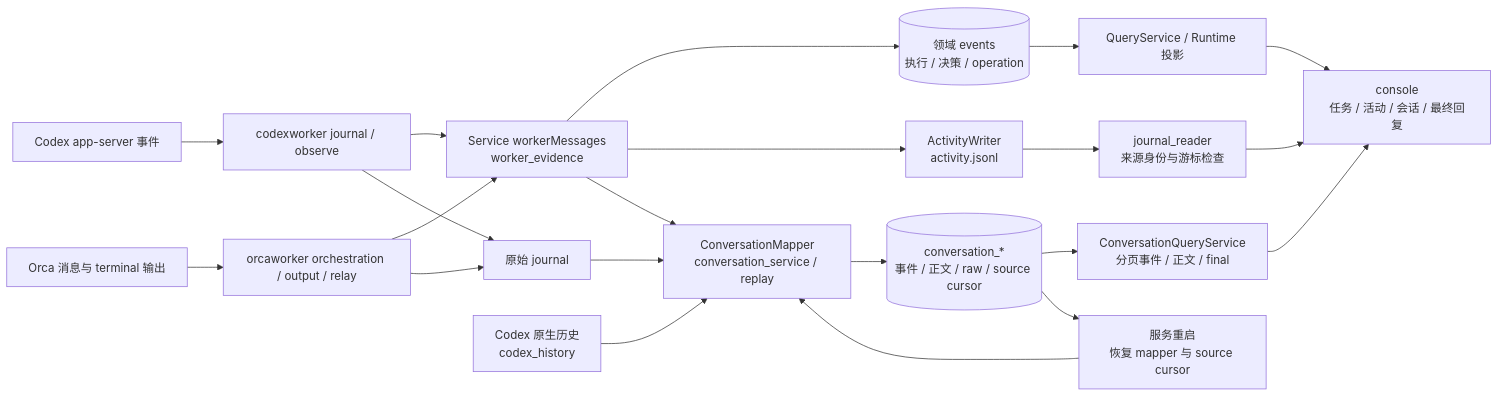
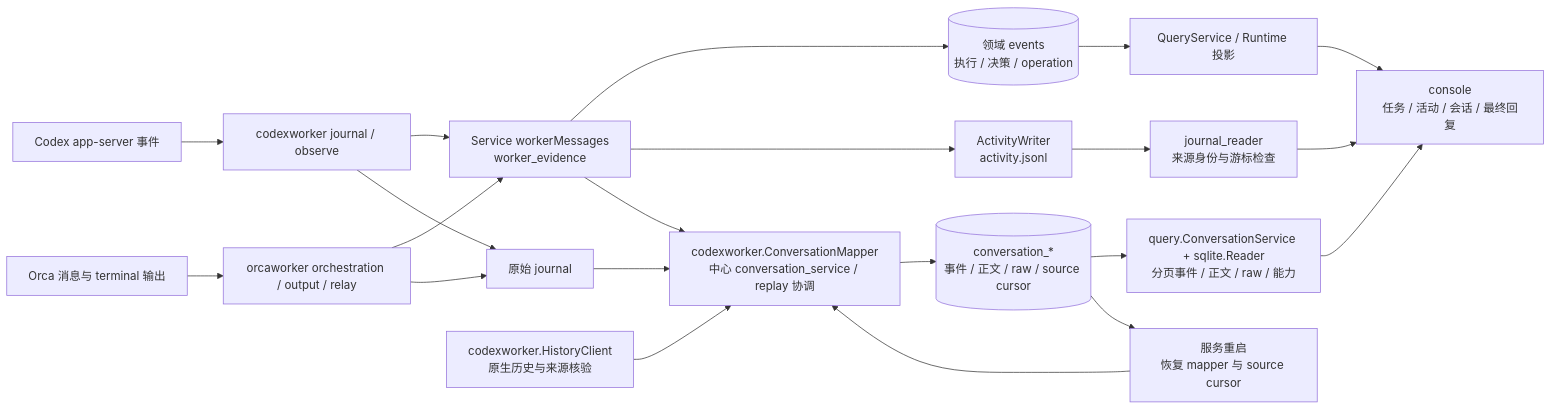
One commit to erranliu/SteerLine changed the tenth of 10 diagrams in docs/architecture/current-code-architecture.md. Above: the diagram before and after it, drawn with Mermaid. The commit also changed other lines of this file and 12 other files, not shown here.

Commit message:
refactor: isolate conversation queries and SQLite read ports

````diff
--- a/docs/architecture/current-code-architecture.md
+++ b/docs/architecture/current-code-architecture.md
@@ -416,23 +496,23 @@
 ```mermaid
 flowchart LR
     Codex["Codex app-server 事件"] --> Worker["codexworker journal / observe"]
     Orca["Orca 消息与 terminal 输出"] --> OW["orcaworker orchestration / output / relay"]
     Worker --> Service["Service workerMessages<br/>worker_evidence"]
     OW --> Service
     Service --> Domain[("领域 events<br/>执行 / 决策 / operation")]
     Service --> Activity["ActivityWriter<br/>activity.jsonl"]
     Worker --> Raw["原始 journal"]
     OW --> Raw
-    History["Codex 原生历史<br/>codex_history"] --> Mapper["ConversationMapper<br/>conversation_service / replay"]
+    History["codexworker.HistoryClient<br/>原生历史与来源核验"] --> Mapper["codexworker.ConversationMapper<br/>中心 conversation_service / replay 协调"]
     Raw --> Mapper
     Service --> Mapper
     Mapper --> Conversation[("conversation_*<br/>事件 / 正文 / raw / source cursor")]
     Domain --> View["QueryService / Runtime 投影"]
-    Conversation --> CQ["ConversationQueryService<br/>分页事件 / 正文 / final"]
+    Conversation --> CQ["query.ConversationService + sqlite.Reader<br/>分页事件 / 正文 / raw / 能力"]
     Activity --> JR["journal_reader<br/>来源身份与游标检查"]
     View --> TUI["console<br/>任务 / 活动 / 会话 / 最终回复"]
     CQ --> TUI
     JR --> TUI
     Conversation --> Replay["服务重启<br/>恢复 mapper 与 source cursor"]
     Replay --> Mapper
 ```
````
